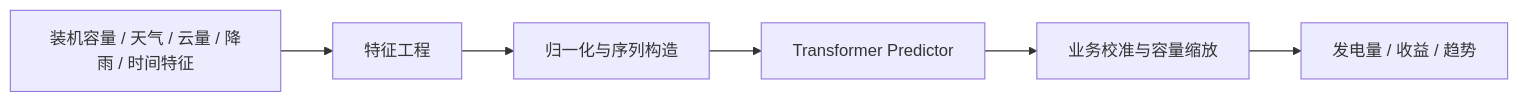
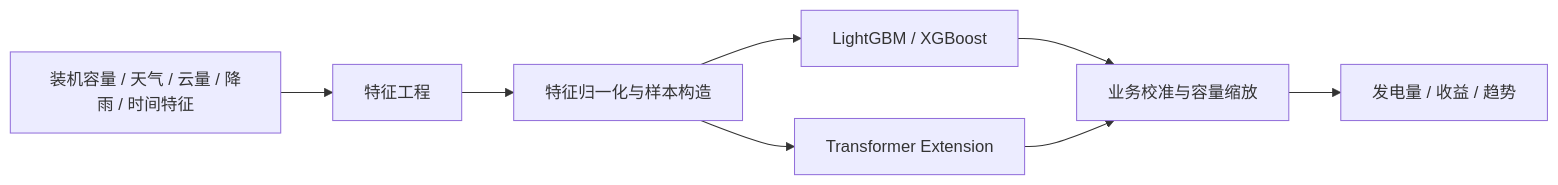
One commit to HUANGKUN-neutrino/solar-ai-gis-platform changed the second of 4 diagrams in docs/AI_FORECASTING.md. Above: the diagram before and after it, drawn with Mermaid. The commit also changed other lines of this file and 6 other files, not shown here.

````diff
--- a/docs/AI_FORECASTING.md
+++ b/docs/AI_FORECASTING.md
@@ -61,8 +61,10 @@
 ```mermaid
 flowchart LR
   Input["装机容量 / 天气 / 云量 / 降雨 / 时间特征"] --> Feature["特征工程"]
-  Feature --> Normalize["归一化与序列构造"]
-  Normalize --> Transformer["Transformer Predictor"]
-  Transformer --> Calibrate["业务校准与容量缩放"]
+  Feature --> Normalize["特征归一化与样本构造"]
+  Normalize --> ML["LightGBM / XGBoost"]
+  Normalize --> Transformer["Transformer Extension"]
+  ML --> Calibrate["业务校准与容量缩放"]
+  Transformer --> Calibrate
   Calibrate --> Output["发电量 / 收益 / 趋势"]
 ```
````
